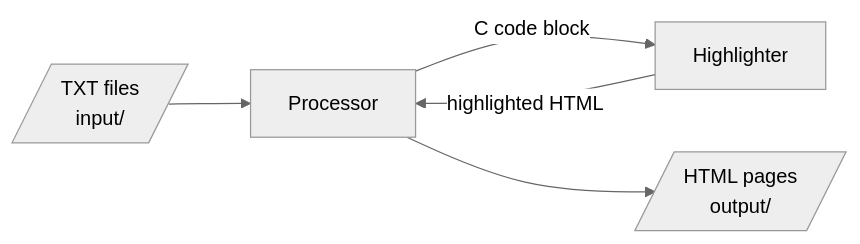
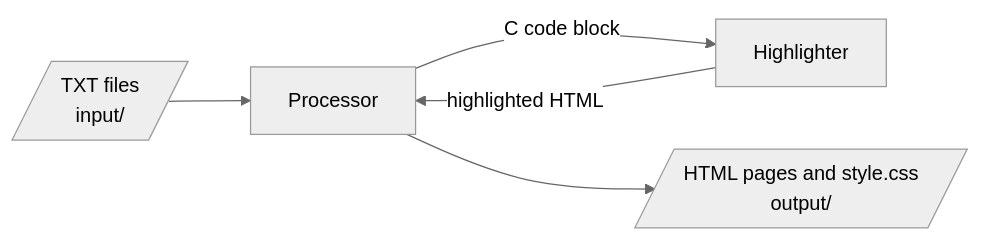
The first of 8 diagrams in README.md (castlelli/mac0122), drawn with Mermaid (neutral theme) before and after one commit. The commit also changed other lines of this file and 2 other files, not shown here.

First line of the commit message:
docs(docs): record the shared style.css decision

````diff
--- a/README.md
+++ b/README.md
@@ -12,7 +12,7 @@
 ```mermaid
 flowchart LR
     txt[/"TXT files<br/>input/"/] --> processor["Processor"]
     processor -- "C code block" --> highlighter["Highlighter"]
     highlighter -- "highlighted HTML" --> processor
-    processor --> site[/"HTML pages<br/>output/"/]
+    processor --> site[/"HTML pages and style.css<br/>output/"/]
 ```
````
